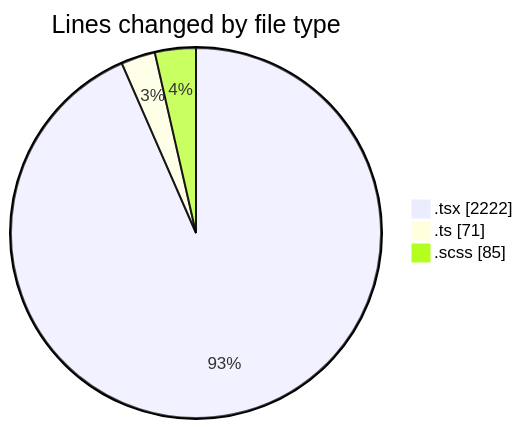
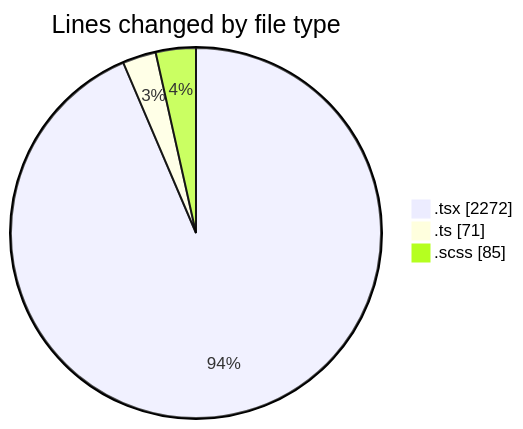
One commit to momahboobian/code-tracking changed the first of 2 diagrams in 2025-02-11/cda/README.md. Above: the diagram before and after it, drawn with Mermaid. The commit also changed other lines of this file and 1 other file, not shown here.

````diff
--- a/2025-02-11/cda/README.md
+++ b/2025-02-11/cda/README.md
@@ -24,7 +24,7 @@
 ```mermaid
 pie showData
 title Lines changed by file type
-".tsx" : 2222
+".tsx" : 2272
 ".ts" : 71
 ".scss" : 85
 ```
````
